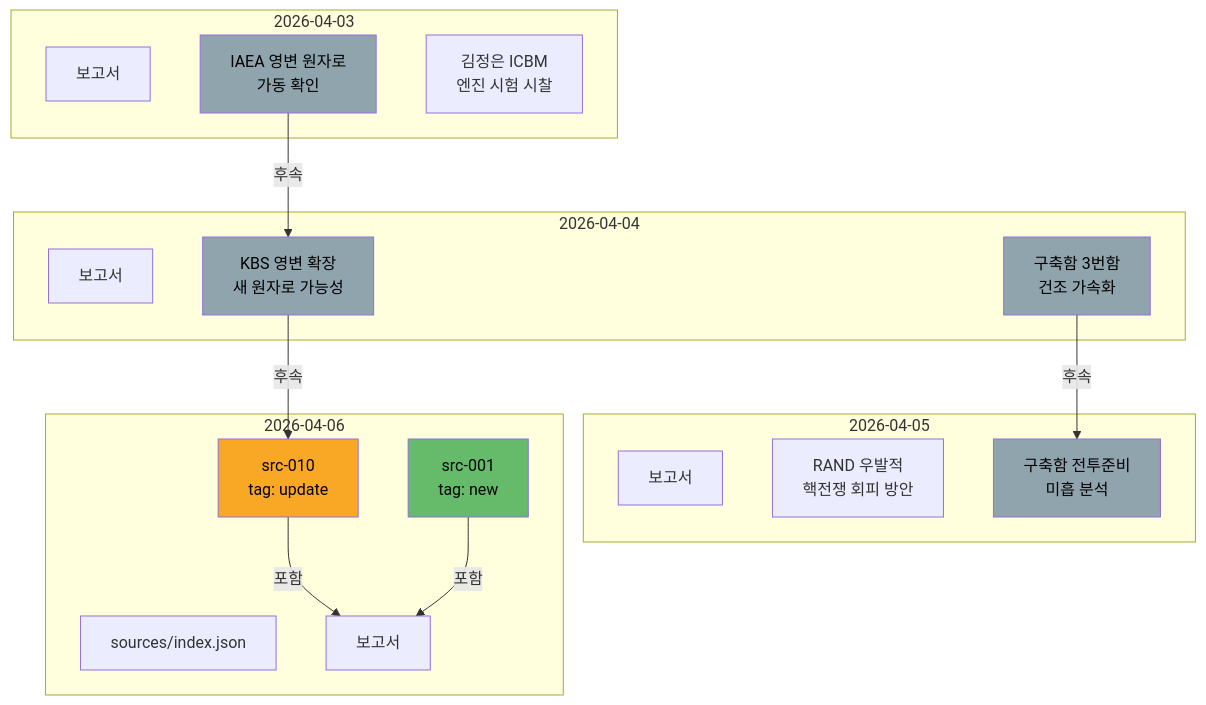
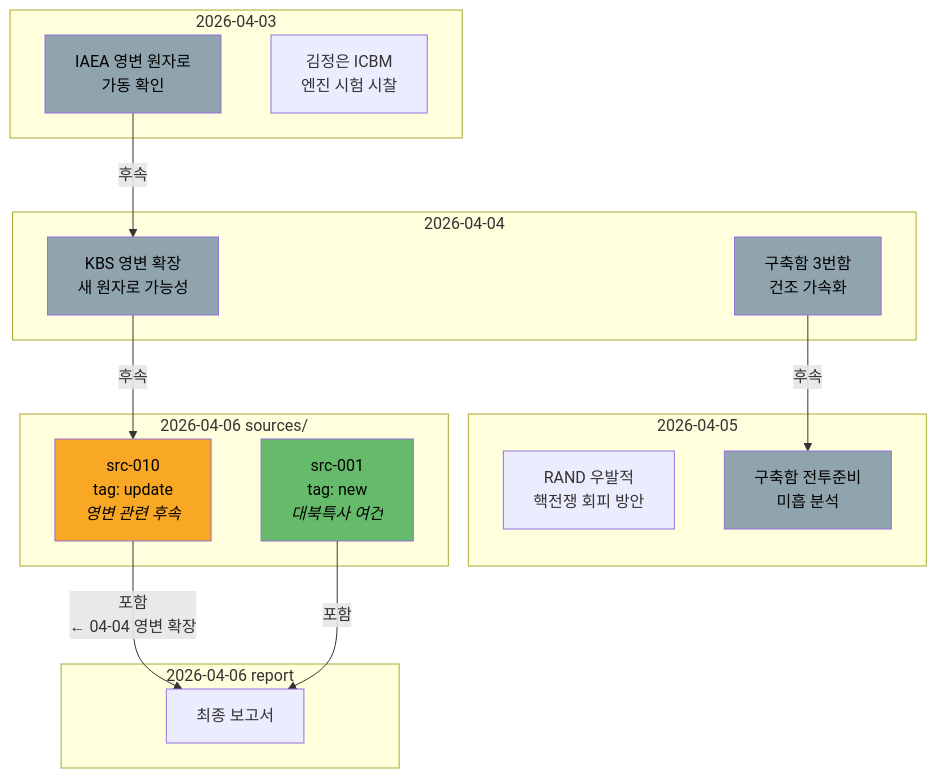
Before and after one commit to aifactory-team/north-korean-nuclear-activities: the fifth of 5 diagrams in README.md, drawn with Mermaid. The commit also changed other lines of this file, not shown here.

First line of the commit message:
docs: comprehensive README with agent/skill/workflow architecture

````diff
--- a/README.md
+++ b/README.md
@@ -312,40 +249,39 @@
 ```mermaid
 graph TB
     subgraph day3["2026-04-03"]
-        R3["보고서"]
         R3_1["IAEA 영변 원자로<br/>가동 확인"]
         R3_2["김정은 ICBM<br/>엔진 시험 시찰"]
     end
 
     subgraph day4["2026-04-04"]
-        R4["보고서"]
         R4_1["KBS 영변 확장<br/>새 원자로 가능성"]
         R4_2["구축함 3번함<br/>건조 가속화"]
     end
 
     subgraph day5["2026-04-05"]
-        R5["보고서"]
         R5_1["RAND 우발적<br/>핵전쟁 회피 방안"]
         R5_2["구축함 전투준비<br/>미흡 분석"]
     end
 
-    subgraph day6["2026-04-06"]
-        S6["sources/index.json"]
-        S6_1["src-010<br/>tag: update"]
-        S6_2["src-001<br/>tag: new"]
-        R6["보고서"]
+    subgraph day6["2026-04-06 sources/"]
+        S6_U["src-010<br/>tag: update<br/><i>영변 관련 후속</i>"]
+        S6_N["src-001<br/>tag: new<br/><i>대북특사 여건</i>"]
+    end
+
+    subgraph day6r["2026-04-06 report"]
+        R6["최종 보고서"]
     end
 
     R3_1 -->|"후속"| R4_1
-    R4_1 -->|"후속"| S6_1
+    R4_1 -->|"후속"| S6_U
     R4_2 -->|"후속"| R5_2
-    S6_1 -->|"포함"| R6
-    S6_2 -->|"포함"| R6
+    S6_U -->|"포함<br/>← 04-04 영변 확장"| R6
+    S6_N -->|"포함"| R6
 
-    style S6_1 fill:#f9a825,color:#000
-    style S6_2 fill:#66bb6a,color:#000
+    style S6_U fill:#f9a825,color:#000
+    style S6_N fill:#66bb6a,color:#000
     style R3_1 fill:#90a4ae,color:#000
     style R4_1 fill:#90a4ae,color:#000
     style R4_2 fill:#90a4ae,color:#000
     style R5_2 fill:#90a4ae,color:#000
 ```
````
